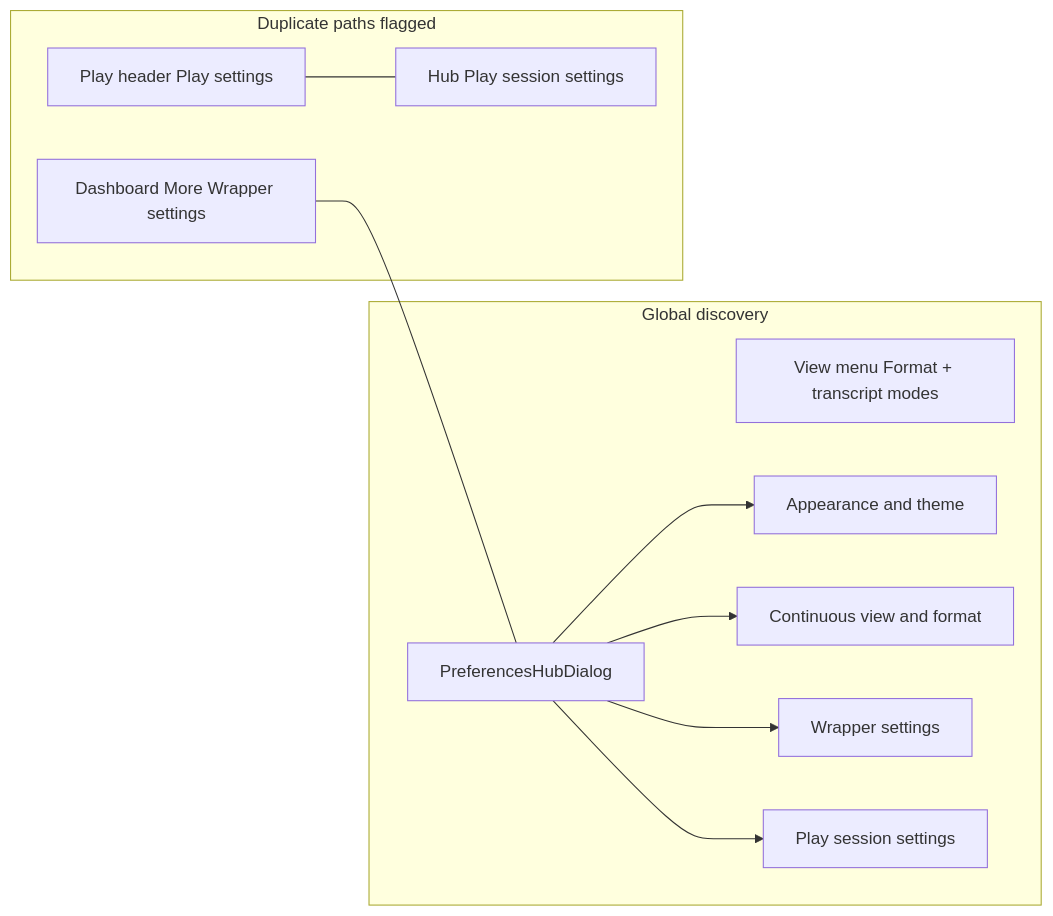
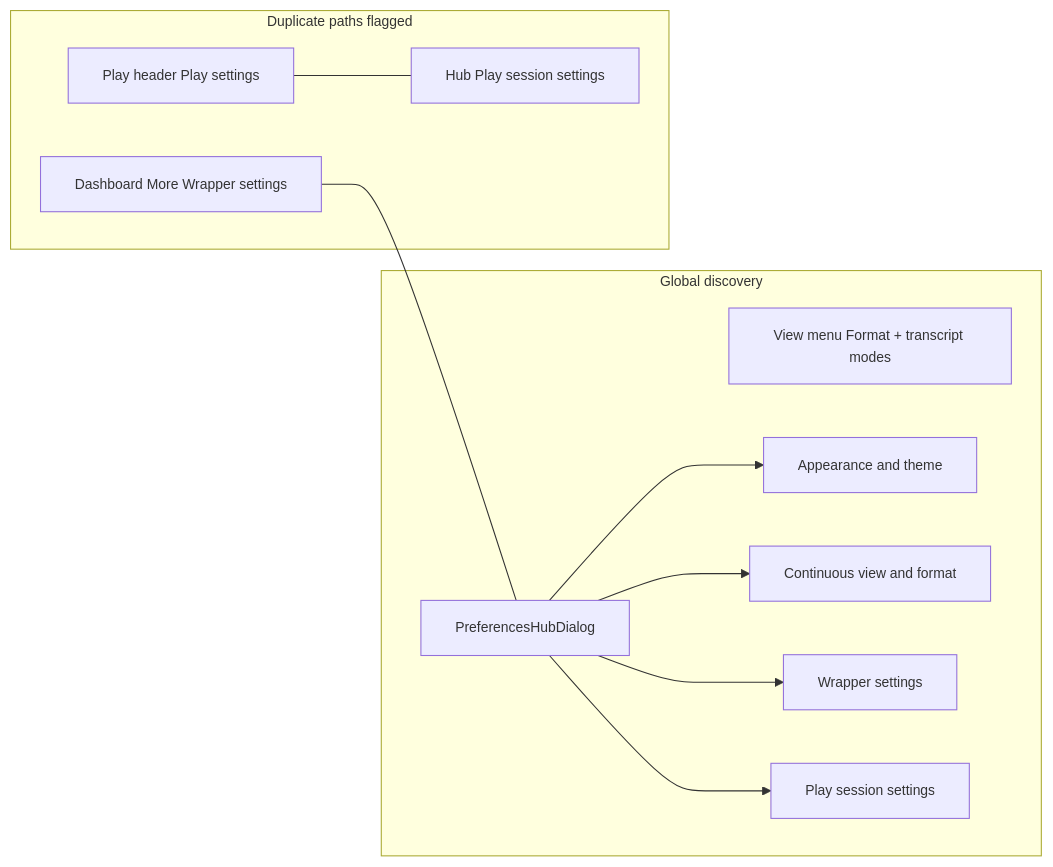
Before and after one commit to CMD0112/NarrativeGPT: the diagram in docs/settings/settings-interactables-audit.md, drawn with Mermaid. The commit also changed 788 other files, not shown here.

````diff
--- a/docs/settings/settings-interactables-audit.md
+++ b/docs/settings/settings-interactables-audit.md
@@ -25,18 +25,19 @@
 ```mermaid
+%%{init: {"flowchart":{"nodeSpacing":50,"rankSpacing":56,"padding":16,"subGraphTitleMargin":12,"diagramPadding":8,"htmlLabels":true},"themeVariables":{"fontSize":"13px"}} }%%
 flowchart LR
   subgraph global [Global discovery]
     Hub[PreferencesHubDialog]
     ViewMenu[View menu Format + transcript modes]
     Hub --> Theme[Appearance and theme]
     Hub --> Format[Continuous view and format]
     Hub --> Wrapper[Wrapper settings]
     Hub --> PlaySettings[Play session settings]
   end
   subgraph dupes [Duplicate paths flagged]
     DashWrapper[Dashboard More Wrapper settings]
     PlayGear[Play header Play settings]
     PrefPlay[Hub Play session settings]
   end
   PlayGear --- PrefPlay
   DashWrapper --- Hub
 ```
````
